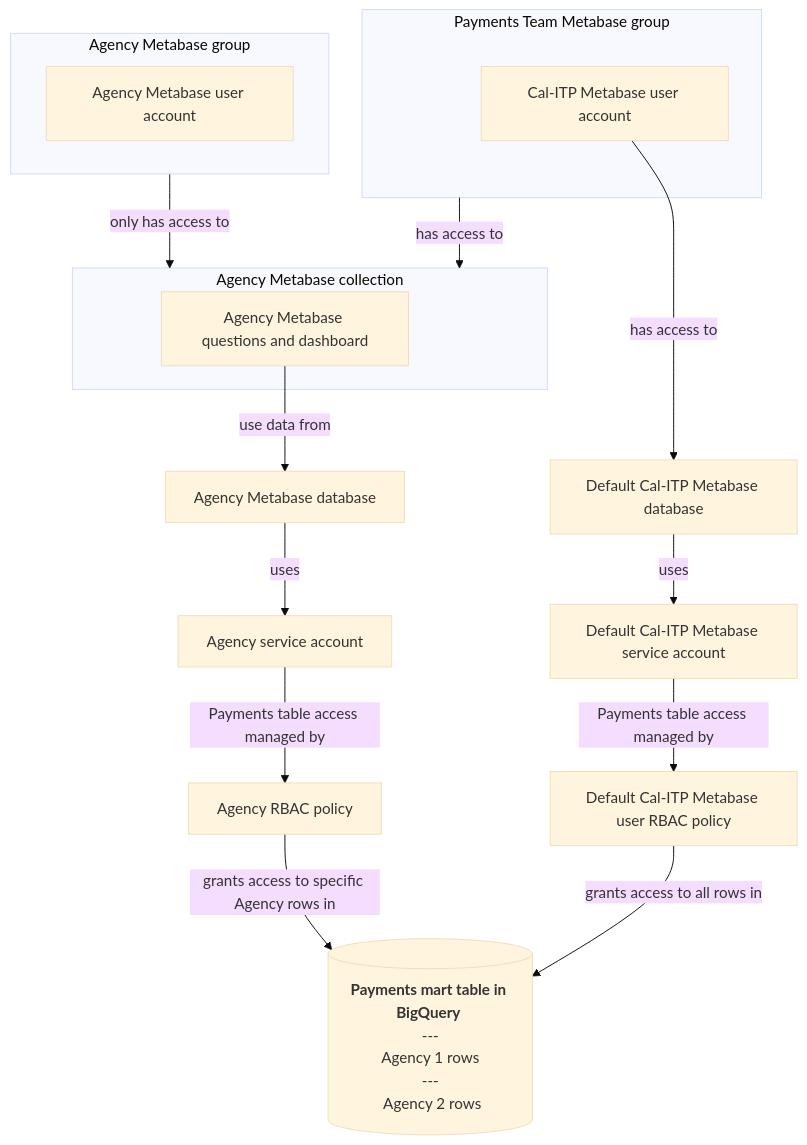
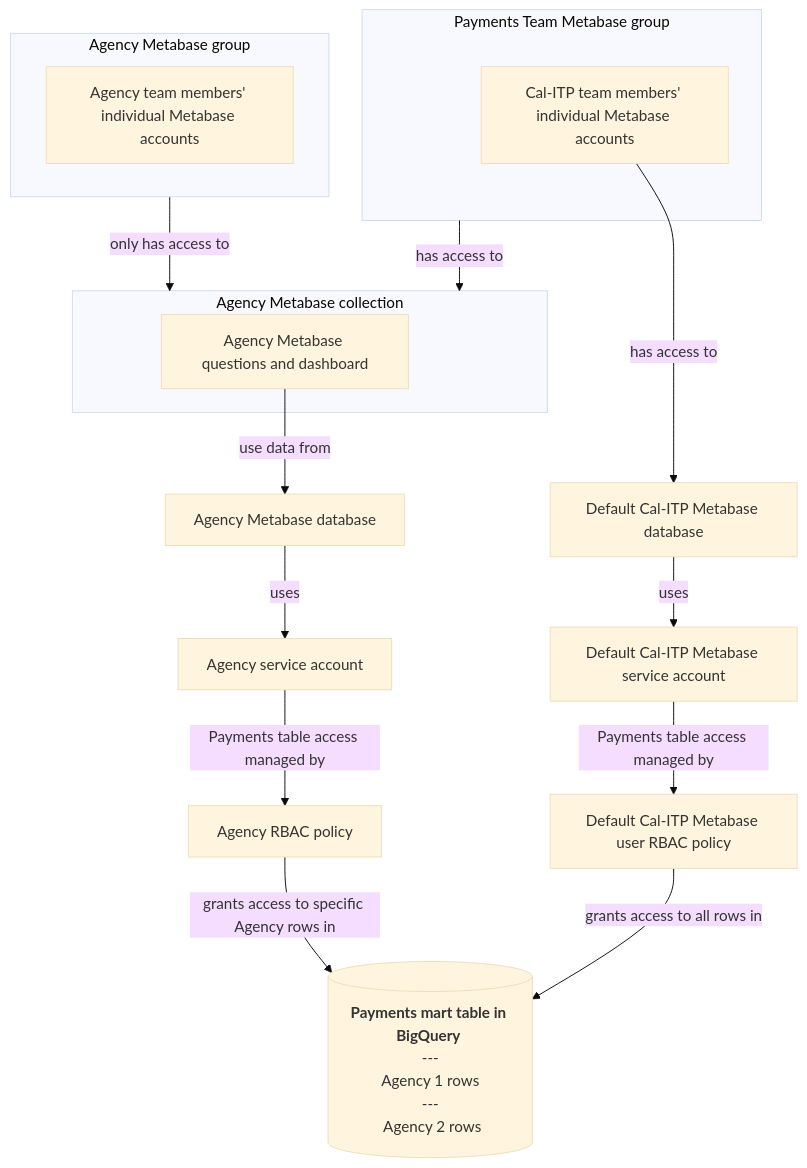
Before and after one commit to cal-itp/data-infra: the diagram in runbooks/workflow/payments/add_agency_dashboard_data_source.md, drawn with Mermaid (base theme).

Commit message:
clarify labels

````diff
--- a/runbooks/workflow/payments/add_agency_dashboard_data_source.md
+++ b/runbooks/workflow/payments/add_agency_dashboard_data_source.md
@@ -204,51 +204,51 @@
 ```mermaid
 flowchart TD
 
 payments_mart_table[("<b>Payments mart table in BigQuery</b> <br> --- <br> Agency 1 rows <br> --- <br> Agency 2 rows")]
 
 agency_rbac["Agency RBAC policy"]
 general_rbac["Default Cal-ITP Metabase user RBAC policy"]
 
 agency_acct["Agency service account"]
 general_acct["Default Cal-ITP Metabase service account"]
 
 agency_mb["Agency Metabase database"]
 general_mb["Default Cal-ITP Metabase database"]
 
 
 agency_mb["Agency Metabase database"]
 general_mb["Default Cal-ITP Metabase database"]
 
 
 subgraph agency_mb_collection["Agency Metabase collection"]
   agency_mb_qs["Agency Metabase questions and dashboard"]
 end
 
 subgraph agency_mb_group["Agency Metabase group"]
-  agency_user["Agency Metabase user account"]
+  agency_user["Agency team members' individual Metabase accounts"]
 end
 
 subgraph payments_mb_group["Payments Team Metabase group"]
-  calitp_user["Cal-ITP Metabase user account"]
+  calitp_user["Cal-ITP team members' individual Metabase accounts"]
 end
 
 agency_acct --Payments table access managed by --> agency_rbac
 agency_rbac --grants access to specific Agency rows in-->payments_mart_table
 
 
 general_acct --Payments table access managed by--> general_rbac
 general_rbac --grants access to all rows in-->payments_mart_table
 
 agency_mb -- uses --> agency_acct
 general_mb -- uses --> general_acct
 
 agency_mb_group -- only has access to -->agency_mb_collection
 
 agency_mb_qs -- use data from --> agency_mb
 
 payments_mb_group -- has access to -->agency_mb_collection
 calitp_user -- has access to -->general_mb
 
 
 
 ```
````
